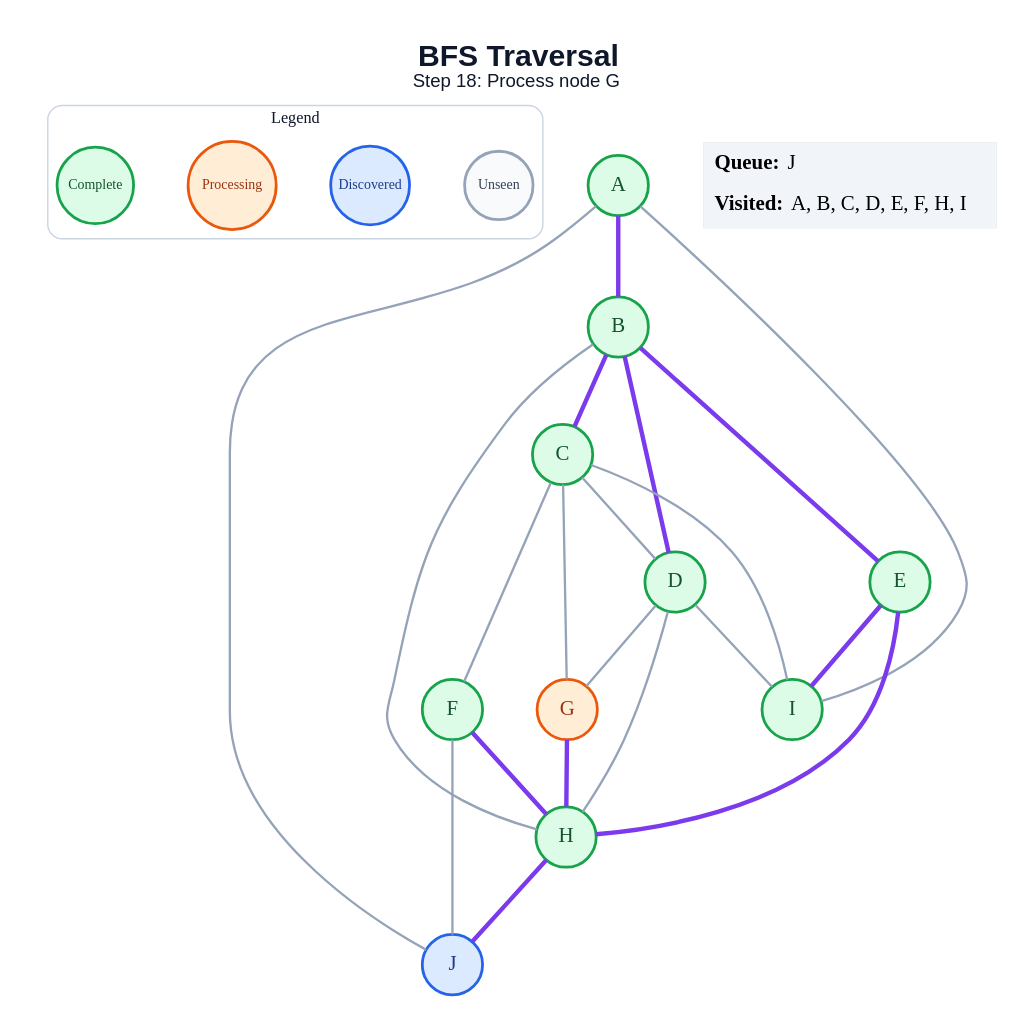
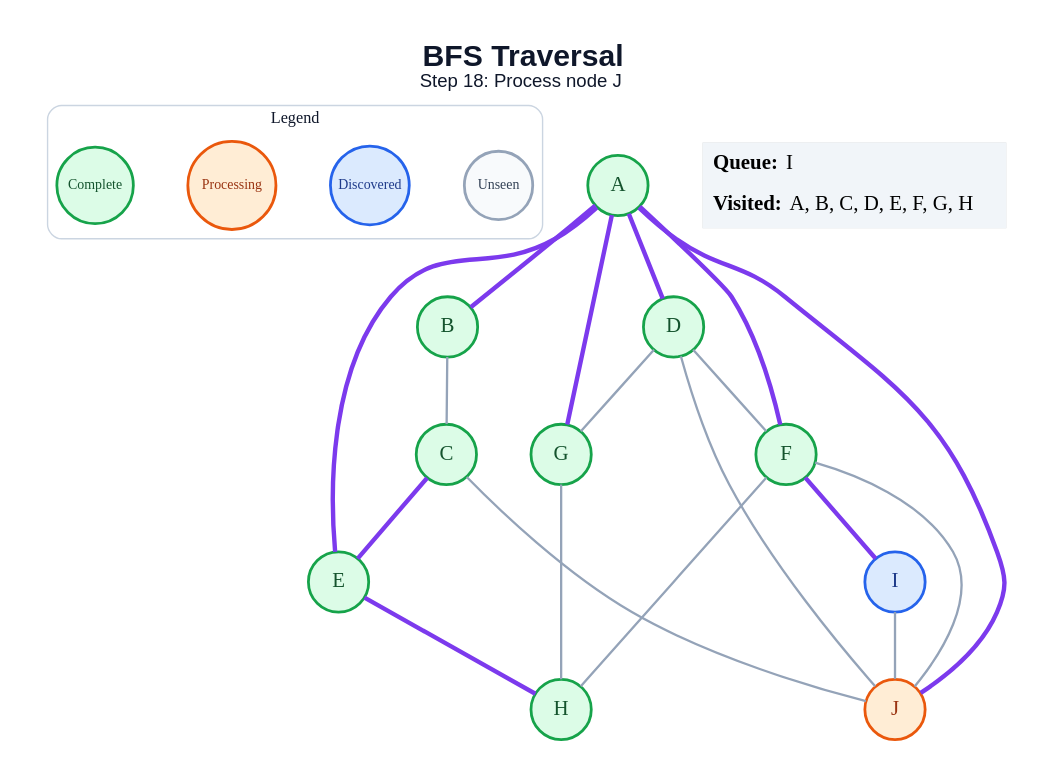
Before and after one commit to amanghodawala9/ai-slop: the diagram in generated/specific-node/bfs/step_18.dot, drawn with Graphviz. The commit also changed 178 other files, not shown here.

```diff
--- a/generated/specific-node/bfs/step_18.dot
+++ b/generated/specific-node/bfs/step_18.dot
@@ -1,49 +1,47 @@
 graph traversal {
   graph [layout=dot, rankdir=TB, bgcolor="#FFFFFF", pad="0.35", nodesep="0.65", ranksep="0.8", fontname="Arial"];
   node [shape=circle, style="filled", fontname="Arial Bold", fontsize=18, width=0.72, fixedsize=true, penwidth=2.4];
   edge [color="#94A3B8", penwidth=2.0];
-  label=<<B>BFS Traversal</B><BR/><FONT POINT-SIZE="16">Step 18: Process node G</FONT>>; labelloc="t"; fontsize=26; fontname="Arial"; fontcolor="#0F172A";
+  label=<<B>BFS Traversal</B><BR/><FONT POINT-SIZE="16">Step 18: Process node J</FONT>>; labelloc="t"; fontsize=26; fontname="Arial"; fontcolor="#0F172A";
   subgraph cluster_legend { label="Legend"; color="#CBD5E1"; penwidth=1.2; style="rounded"; fontsize=14; fontname="Arial Bold";
     key_unseen [label="Unseen", fillcolor="#F8FAFC", color="#94A3B8", fontcolor="#334155", fontsize=12, width=0.82];
     key_frontier [label="Discovered", fillcolor="#DBEAFE", color="#2563EB", fontcolor="#1E3A8A", fontsize=12, width=0.95];
     key_current [label="Processing", fillcolor="#FFEDD5", color="#EA580C", fontcolor="#9A3412", fontsize=12, width=1.05];
     key_done [label="Complete", fillcolor="#DCFCE7", color="#16A34A", fontcolor="#14532D", fontsize=12, width=0.92];
     { rank=same; key_unseen; key_frontier; key_current; key_done; }
   }
   A [fillcolor="#DCFCE7", color="#16A34A", fontcolor="#14532D"];
   B [fillcolor="#DCFCE7", color="#16A34A", fontcolor="#14532D"];
   C [fillcolor="#DCFCE7", color="#16A34A", fontcolor="#14532D"];
   D [fillcolor="#DCFCE7", color="#16A34A", fontcolor="#14532D"];
   E [fillcolor="#DCFCE7", color="#16A34A", fontcolor="#14532D"];
   F [fillcolor="#DCFCE7", color="#16A34A", fontcolor="#14532D"];
-  G [fillcolor="#FFEDD5", color="#EA580C", fontcolor="#9A3412"];
+  G [fillcolor="#DCFCE7", color="#16A34A", fontcolor="#14532D"];
   H [fillcolor="#DCFCE7", color="#16A34A", fontcolor="#14532D"];
-  I [fillcolor="#DCFCE7", color="#16A34A", fontcolor="#14532D"];
-  J [fillcolor="#DBEAFE", color="#2563EB", fontcolor="#1E3A8A"];
+  I [fillcolor="#DBEAFE", color="#2563EB", fontcolor="#1E3A8A"];
+  J [fillcolor="#FFEDD5", color="#EA580C", fontcolor="#9A3412"];
   A -- B [color="#7C3AED", penwidth=3.8];
-  A -- I;
-  A -- J;
-  B -- C [color="#7C3AED", penwidth=3.8];
-  B -- D [color="#7C3AED", penwidth=3.8];
-  B -- E [color="#7C3AED", penwidth=3.8];
-  B -- H;
-  C -- D;
-  C -- F;
-  C -- G;
-  C -- I;
+  A -- D [color="#7C3AED", penwidth=3.8];
+  A -- E [color="#7C3AED", penwidth=3.8];
+  A -- F [color="#7C3AED", penwidth=3.8];
+  A -- G [color="#7C3AED", penwidth=3.8];
+  A -- J [color="#7C3AED", penwidth=3.8];
+  B -- C;
+  C -- E [color="#7C3AED", penwidth=3.8];
+  C -- J;
+  D -- F;
   D -- G;
-  D -- H;
-  D -- I;
+  D -- J;
   E -- H [color="#7C3AED", penwidth=3.8];
-  E -- I [color="#7C3AED", penwidth=3.8];
-  F -- H [color="#7C3AED", penwidth=3.8];
+  F -- H;
+  F -- I [color="#7C3AED", penwidth=3.8];
   F -- J;
-  G -- H [color="#7C3AED", penwidth=3.8];
-  H -- J [color="#7C3AED", penwidth=3.8];
+  G -- H;
+  I -- J;
   status [shape=plain, fixedsize=false, width=0, height=0, margin=0, label=<
     <TABLE BORDER="0" CELLBORDER="0" CELLPADDING="7" BGCOLOR="#F1F5F9">
-      <TR><TD ALIGN="LEFT"><B>Queue:</B> J</TD></TR>
-      <TR><TD ALIGN="LEFT"><B>Visited:</B> A, B, C, D, E, F, H, I</TD></TR>
+      <TR><TD ALIGN="LEFT"><B>Queue:</B> I</TD></TR>
+      <TR><TD ALIGN="LEFT"><B>Visited:</B> A, B, C, D, E, F, G, H</TD></TR>
     </TABLE>
   >];
 }
```
